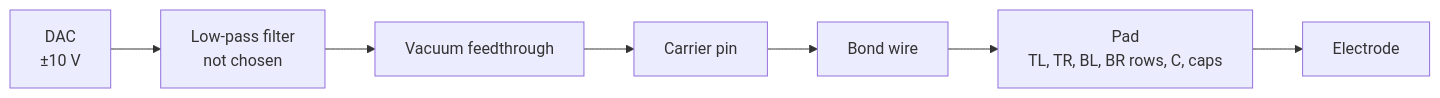
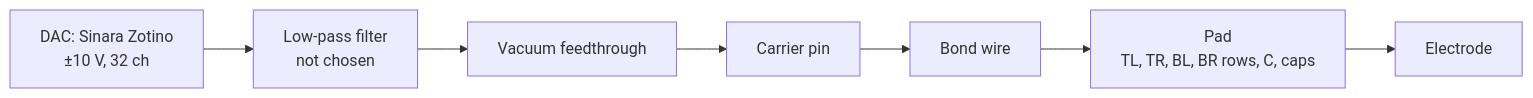
The second of 3 diagrams in design/fab/tests/00_SETUP.md (will1u/6-2540-final), drawn with Mermaid before and after one commit. The commit also changed other lines of this file and 6 other files, not shown here.

First line of the commit message:
docs: the lab's DC DAC is a Sinara Zotino (32 ch, +-10 V, 1 MSPS shared, 75 kHz filter)

````diff
--- a/design/fab/tests/00_SETUP.md
+++ b/design/fab/tests/00_SETUP.md
@@ -72,9 +72,9 @@
 ```mermaid
 flowchart LR
-  D["DAC<br/>±10 V"] --> L["Low-pass filter<br/>not chosen"]
+  D["DAC: Sinara Zotino<br/>±10 V, 32 ch"] --> L["Low-pass filter<br/>not chosen"]
   L --> F["Vacuum feedthrough"]
   F --> C["Carrier pin"]
   C --> B["Bond wire"]
   B --> P["Pad<br/>TL, TR, BL, BR rows, C, caps"]
   P --> E["Electrode"]
 ```
````
